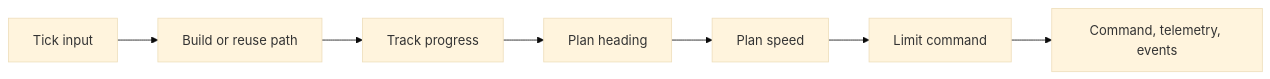
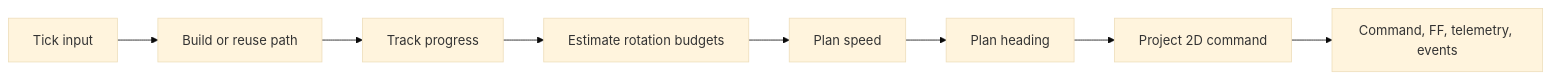
The first of 2 diagrams in shared/src/main/java/com/team581/trailblazer2/planning/README.md (team581/offseason-2026), drawn with Mermaid (base theme) before and after one commit. The commit also changed other lines of this file and 8 other files, not shown here.

````diff
--- a/shared/src/main/java/com/team581/trailblazer2/planning/README.md
+++ b/shared/src/main/java/com/team581/trailblazer2/planning/README.md
@@ -59,6 +59,7 @@
 ```mermaid
 flowchart LR
     Input["Tick input"] --> Path["Build or reuse path"] --> Progress["Track progress"]
-    Progress --> Heading["Plan heading"] --> Profile["Plan speed"] --> Limit["Limit command"]
-    Limit --> Output["Command, telemetry, events"]
+    Progress --> Budgets["Estimate rotation budgets"] --> Profile["Plan speed"]
+    Profile --> Heading["Plan heading"] --> Limit["Project 2D command"]
+    Limit --> Output["Command, FF, telemetry, events"]
 ```
````
